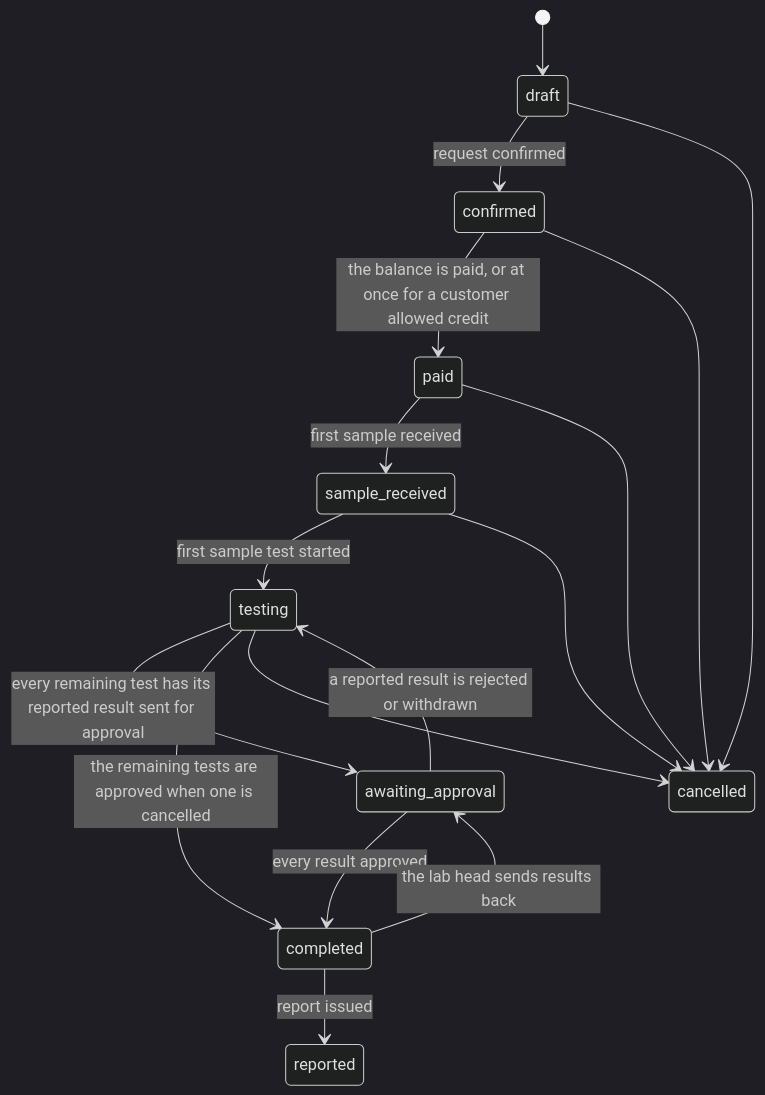
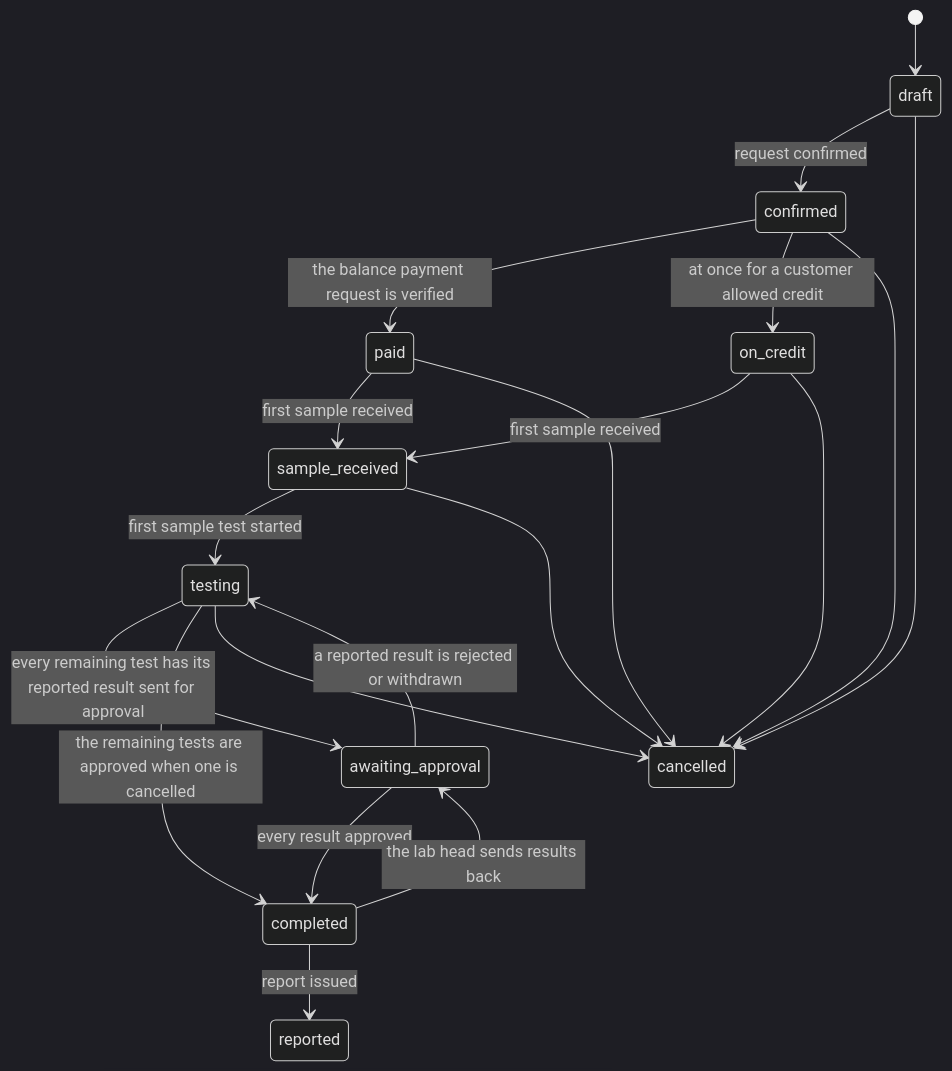
Before and after one commit to SoltuneMontepre/medilab: the second of 9 diagrams in docs/functional/laboratory_module/overview.md, drawn with Mermaid (dark theme). The commit also changed other lines of this file and 149 other files, not shown here.

First line of the commit message:
[feat] | #582 Request payment before invoicing (#590)

````diff
--- a/docs/functional/laboratory_module/overview.md
+++ b/docs/functional/laboratory_module/overview.md
@@ -57,19 +57,22 @@
 ```mermaid
 stateDiagram-v2
     [*] --> draft
     draft --> confirmed: request confirmed
-    confirmed --> paid: the balance is paid, or at once for a customer allowed credit
+    confirmed --> paid: the balance payment request is verified
+    confirmed --> on_credit: at once for a customer allowed credit
     paid --> sample_received: first sample received
+    on_credit --> sample_received: first sample received
     sample_received --> testing: first sample test started
     testing --> awaiting_approval: every remaining test has its reported result sent for approval
     awaiting_approval --> testing: a reported result is rejected or withdrawn
     awaiting_approval --> completed: every result approved
     testing --> completed: the remaining tests are approved when one is cancelled
     completed --> reported: report issued
     completed --> awaiting_approval: the lab head sends results back
     draft --> cancelled
     confirmed --> cancelled
     paid --> cancelled
+    on_credit --> cancelled
     sample_received --> cancelled
     testing --> cancelled
 ```
````
